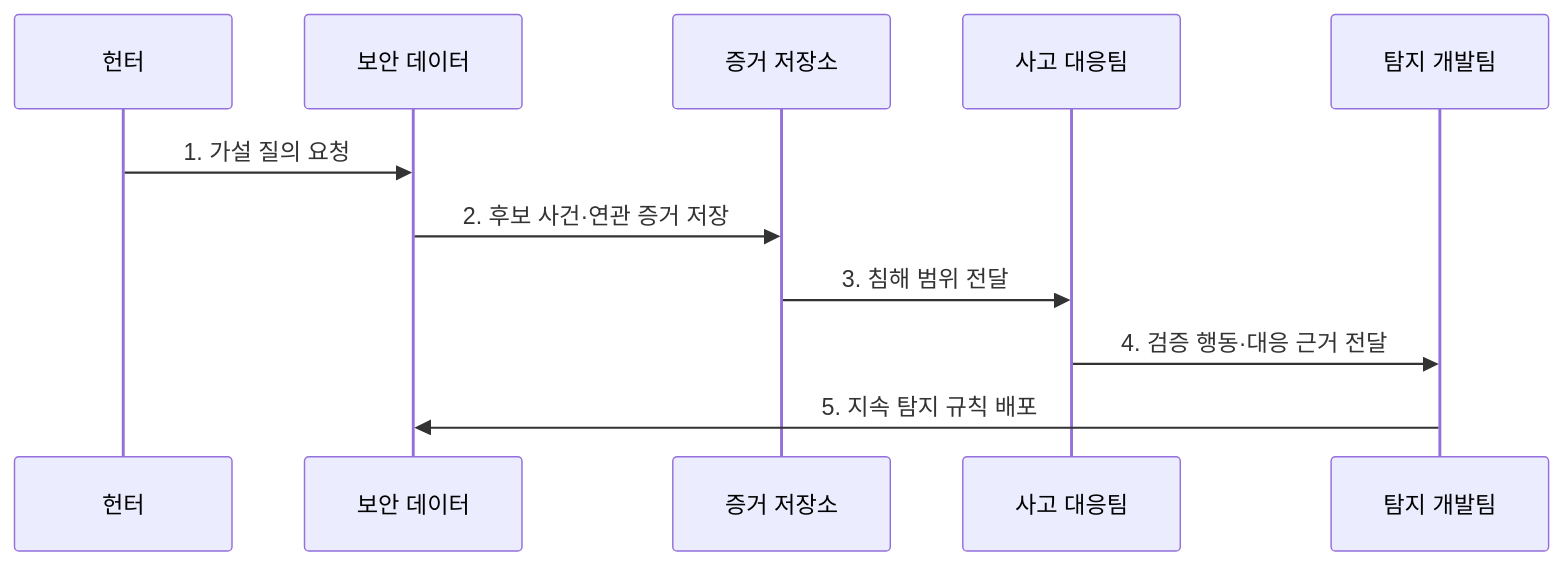
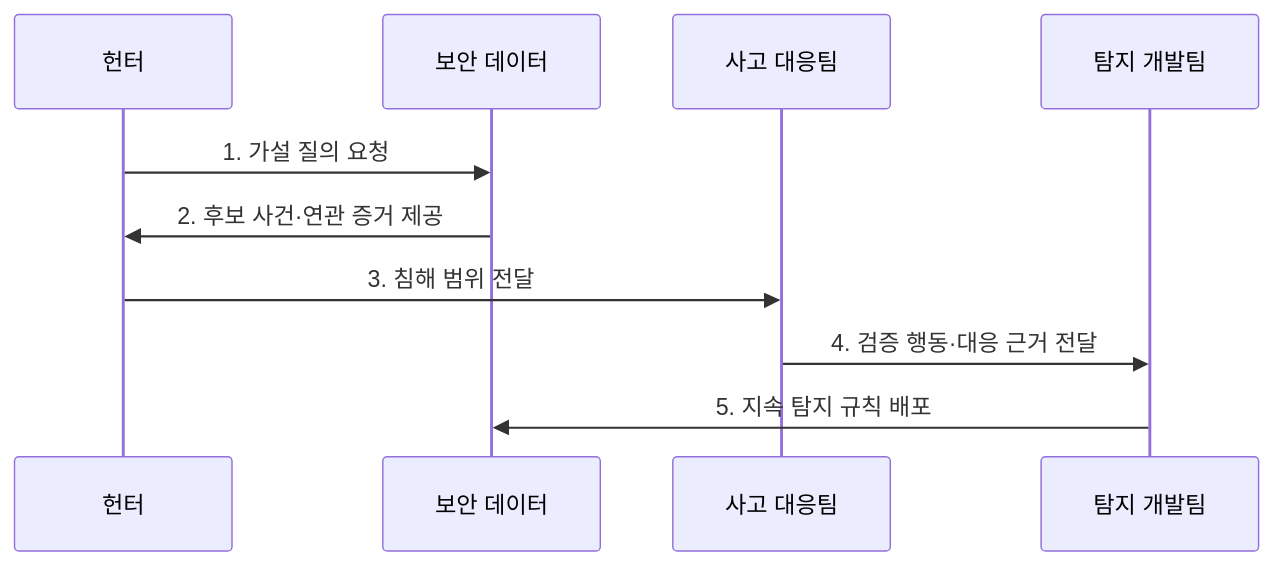
Before and after one commit to agnusdei1207/knowledge-base: the second of 2 diagrams in src/content/docs/notes/05-security/030_threat_hunting.md, drawn with Mermaid. The commit also changed other lines of this file and 8 other files, not shown here.

Commit message:
Simplify security operations sequences

````diff
--- a/src/content/docs/notes/05-security/030_threat_hunting.md
+++ b/src/content/docs/notes/05-security/030_threat_hunting.md
@@ -102,13 +102,12 @@
 ```mermaid
 sequenceDiagram
     participant H as 헌터
     participant D as 보안 데이터
-    participant E as 증거 저장소
     participant I as 사고 대응팀
     participant A as 탐지 개발팀
     H->>D: 1. 가설 질의 요청
-    D->>E: 2. 후보 사건·연관 증거 저장
-    E->>I: 3. 침해 범위 전달
+    D->>H: 2. 후보 사건·연관 증거 제공
+    H->>I: 3. 침해 범위 전달
     I->>A: 4. 검증 행동·대응 근거 전달
     A->>D: 5. 지속 탐지 규칙 배포
 ```
````
